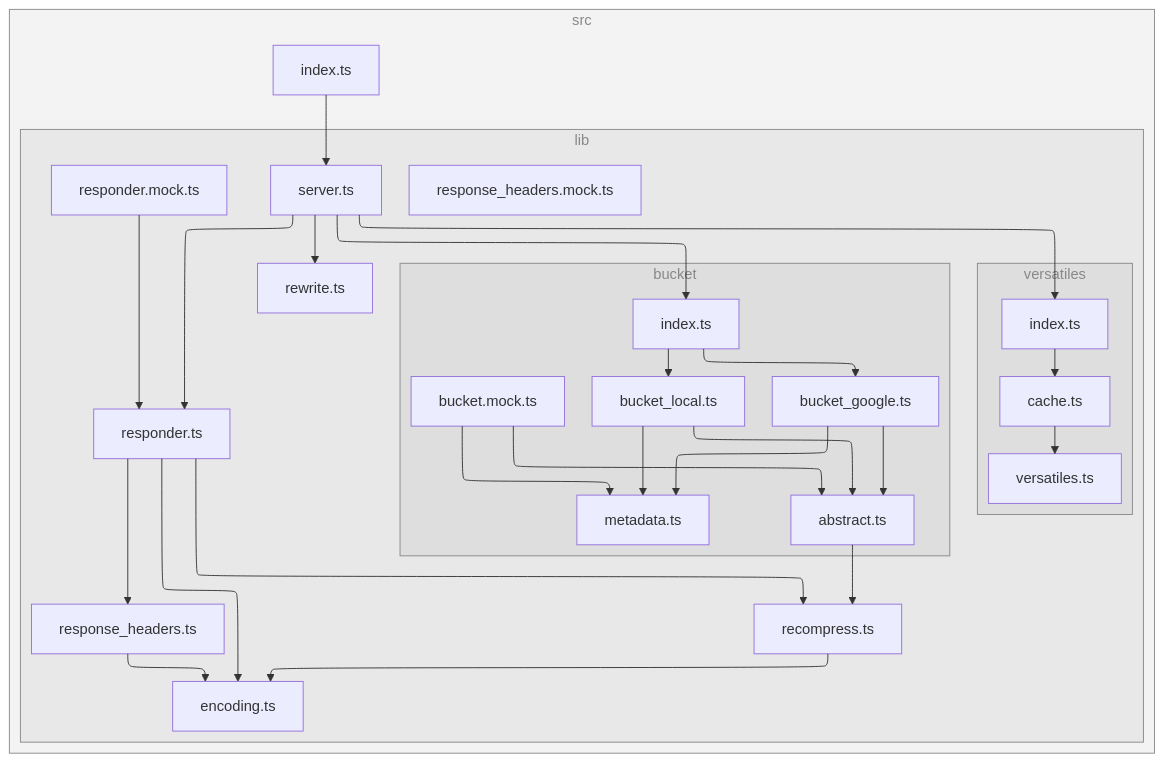
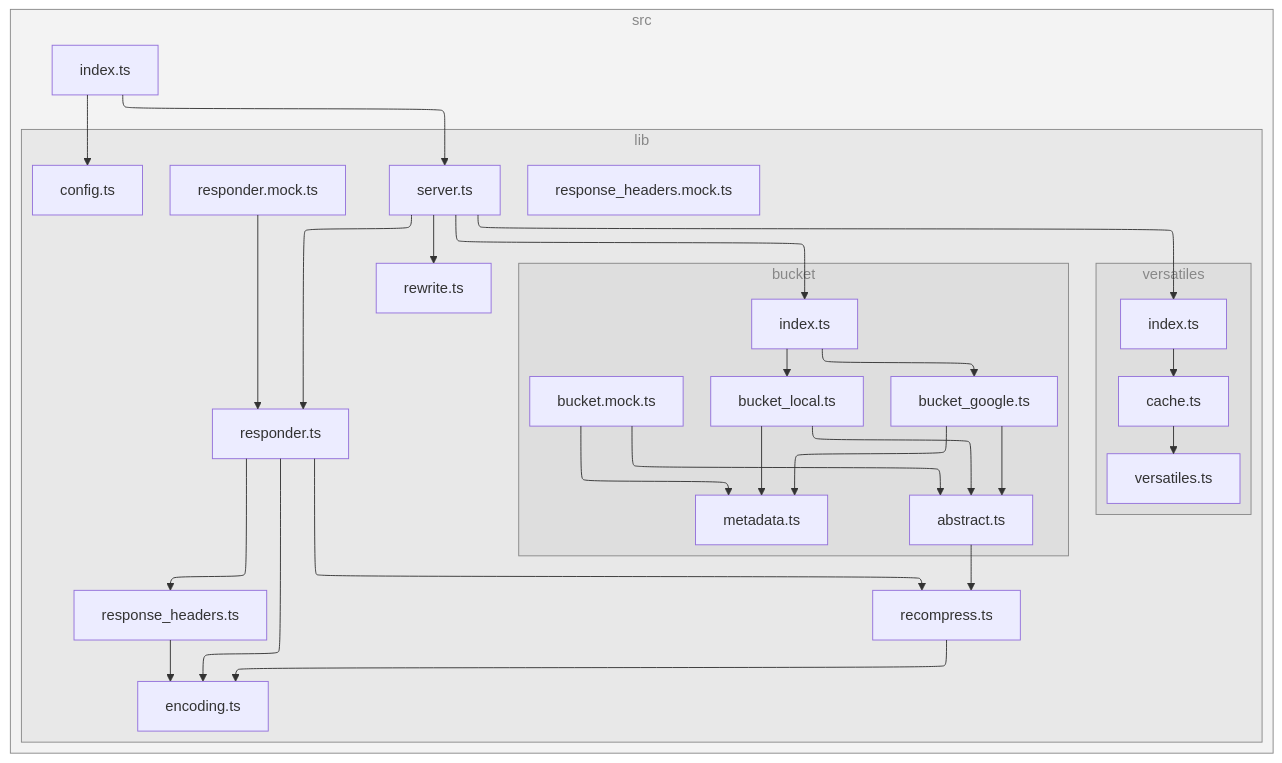
Before and after one commit to versatiles-org/node-versatiles-google-cloud: the diagram in README.md, drawn with Mermaid. The commit also changed other lines of this file, not shown here.

Commit message:
feat: update README with configuration options and usage instructions

````diff
--- a/README.md
+++ b/README.md
@@ -155,59 +157,61 @@
 ```mermaid
 ---
 config:
   layout: elk
 ---
 flowchart TB
 
 subgraph 0["src"]
 1["index.ts"]
 subgraph 2["lib"]
-3["server.ts"]
-subgraph 4["bucket"]
-5["index.ts"]
-6["bucket_google.ts"]
-7["abstract.ts"]
-A["metadata.ts"]
-B["bucket_local.ts"]
-J["bucket.mock.ts"]
+3["config.ts"]
+4["server.ts"]
+subgraph 5["bucket"]
+6["index.ts"]
+7["bucket_google.ts"]
+8["abstract.ts"]
+B["metadata.ts"]
+C["bucket_local.ts"]
+K["bucket.mock.ts"]
 end
-8["recompress.ts"]
-9["encoding.ts"]
-C["responder.ts"]
-D["response_headers.ts"]
-E["rewrite.ts"]
-subgraph F["versatiles"]
-G["index.ts"]
-H["cache.ts"]
-I["versatiles.ts"]
+9["recompress.ts"]
+A["encoding.ts"]
+D["responder.ts"]
+E["response_headers.ts"]
+F["rewrite.ts"]
+subgraph G["versatiles"]
+H["index.ts"]
+I["cache.ts"]
+J["versatiles.ts"]
 end
-K["responder.mock.ts"]
-L["response_headers.mock.ts"]
+L["responder.mock.ts"]
+M["response_headers.mock.ts"]
 end
 end
 1-->3
-3-->5
-3-->C
-3-->E
-3-->G
-5-->6
-5-->B
+1-->4
+4-->6
+4-->D
+4-->F
+4-->H
 6-->7
-6-->A
+6-->C
 7-->8
+7-->B
 8-->9
-B-->7
-B-->A
-C-->9
+9-->A
 C-->8
-C-->D
+C-->B
+D-->A
 D-->9
-G-->H
+D-->E
+E-->A
 H-->I
-J-->7
-J-->A
-K-->C
+I-->J
+K-->8
+K-->B
+L-->D
 
-class 0,2,4,F subgraphs;
+class 0,2,5,G subgraphs;
 classDef subgraphs fill-opacity:0.1, fill:#888, color:#888, stroke:#888;
 ```
````
